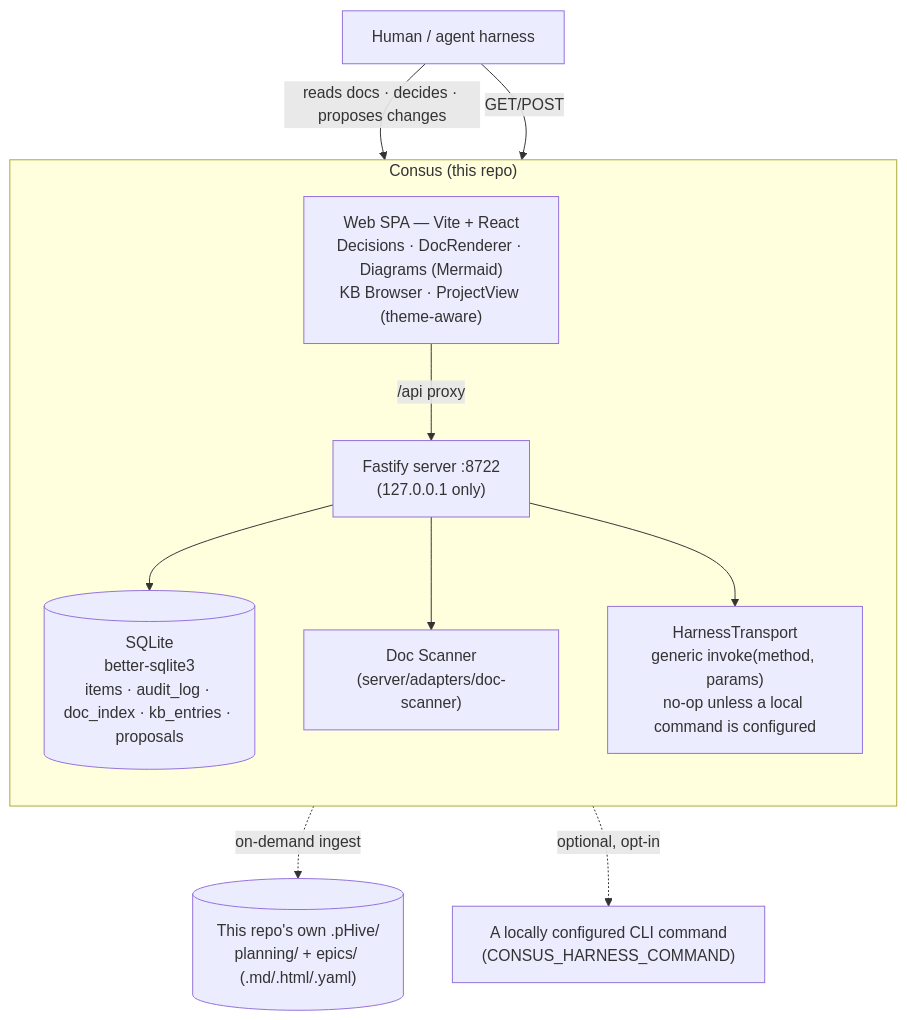
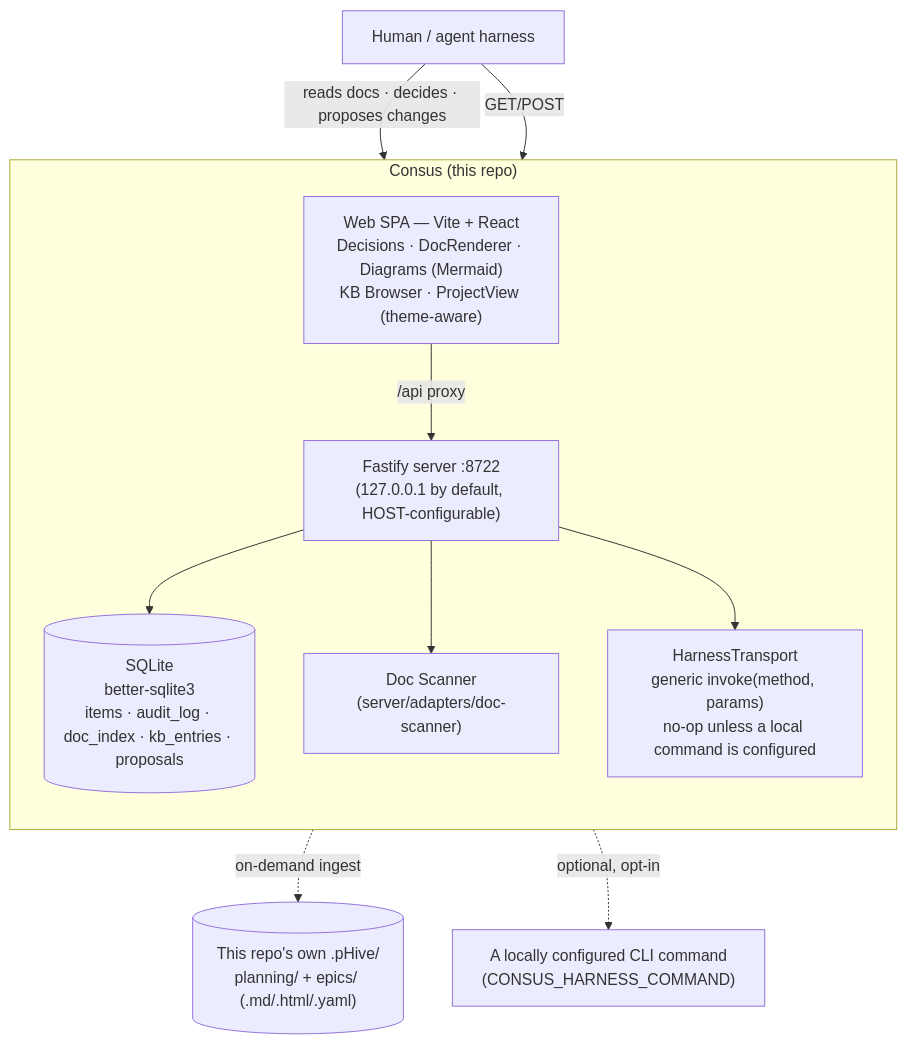
Before and after one commit to mdostal/consus: the diagram in README.md, drawn with Mermaid. The commit also changed other lines of this file and 2 other files, not shown here.

First line of the commit message:
fix(server): make HTTP bind host configurable via HOST env var

````diff
--- a/README.md
+++ b/README.md
@@ -21,21 +21,21 @@
 ```mermaid
 flowchart TB
   subgraph Consus["Consus (this repo)"]
     direction TB
     Web["Web SPA — Vite + React<br/>Decisions · DocRenderer · Diagrams (Mermaid)<br/>KB Browser · ProjectView (theme-aware)"]
-    API["Fastify server :8722<br/>(127.0.0.1 only)"]
+    API["Fastify server :8722<br/>(127.0.0.1 by default, HOST-configurable)"]
     DB[("SQLite<br/>better-sqlite3<br/>items · audit_log · doc_index · kb_entries · proposals")]
     Scanner["Doc Scanner<br/>(server/adapters/doc-scanner)"]
     Harness["HarnessTransport<br/>generic invoke(method, params)<br/>no-op unless a local command is configured"]
     Web -->|/api proxy| API
     API --> DB
     API --> Scanner
     API --> Harness
   end
 
   Scanner -.on-demand ingest.-> Repo[("This repo's own .pHive/<br/>planning/ + epics/ (.md/.html/.yaml)")]
   Harness -.optional, opt-in.-> LocalCmd["A locally configured CLI command<br/>(CONSUS_HARNESS_COMMAND)"]
 
   Human["Human / agent harness"] -->|reads docs · decides · proposes changes| Web
   Human -->|GET/POST| API
 ```
````
